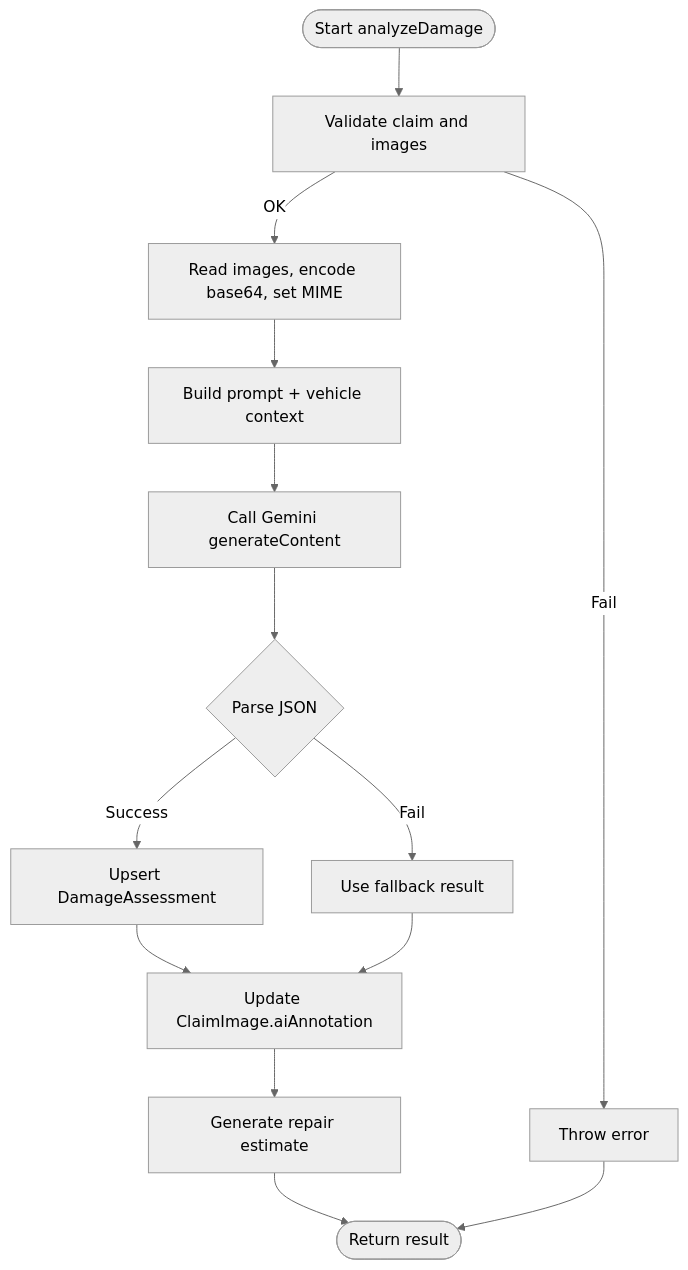
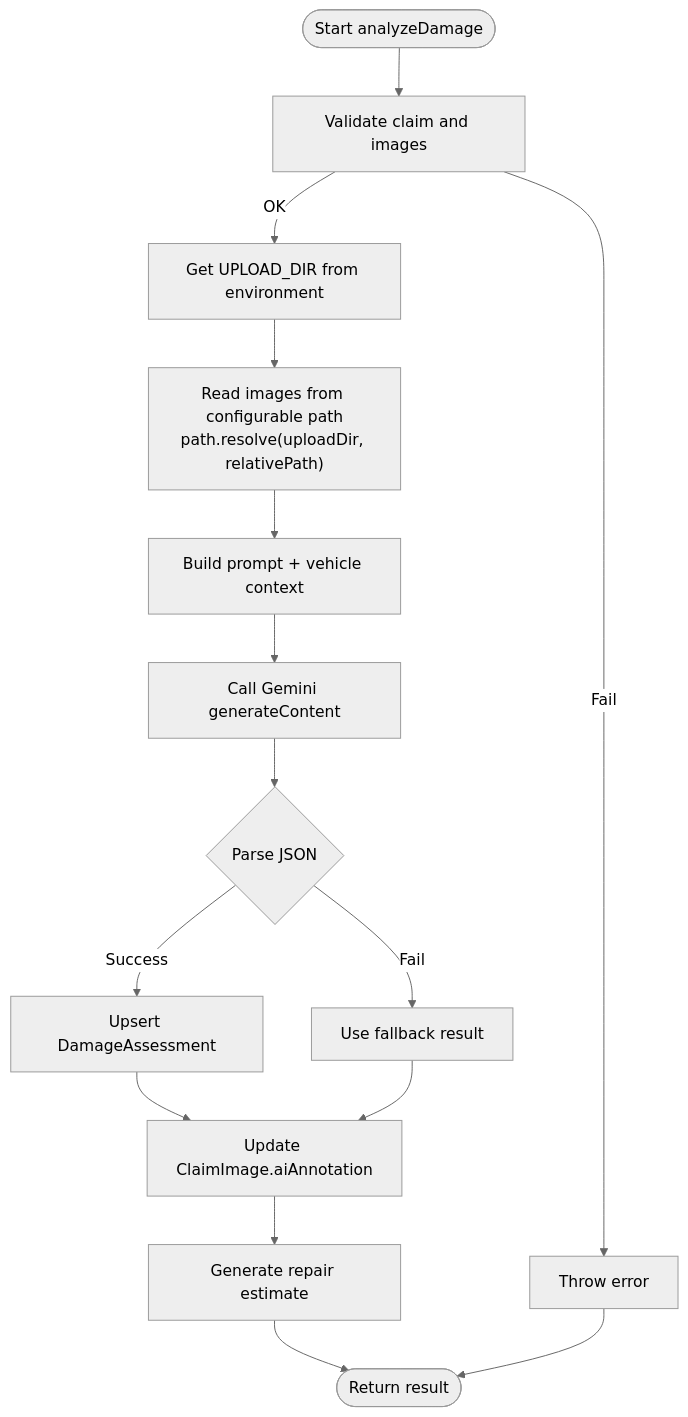
Before and after one commit to NaveenHiranya/Smart-Vehicle-Insurance-Claim-System: the third of 6 diagrams in .qoder/repowiki/en/content/Backend Documentation/Business Logic & Services/Damage Analysis Service.md, drawn with Mermaid (neutral theme). The commit also changed other lines of this file and 65 other files, not shown here.

````diff
--- a/.qoder/repowiki/en/content/Backend Documentation/Business Logic & Services/Damage Analysis Service.md
+++ b/.qoder/repowiki/en/content/Backend Documentation/Business Logic & Services/Damage Analysis Service.md
@@ -119,16 +146,17 @@
 ```mermaid
 flowchart TD
 Start(["Start analyzeDamage"]) --> Validate["Validate claim and images"]
-Validate --> |OK| Prepare["Read images, encode base64, set MIME"]
+Validate --> |OK| Config["Get UPLOAD_DIR from environment"]
 Validate --> |Fail| Err["Throw error"]
+Config --> Prepare["Read images from configurable path<br/>path.resolve(uploadDir, relativePath)"]
 Prepare --> Prompt["Build prompt + vehicle context"]
 Prompt --> Call["Call Gemini generateContent"]
 Call --> Parse{"Parse JSON"}
 Parse --> |Success| Persist["Upsert DamageAssessment"]
 Parse --> |Fail| Fallback["Use fallback result"]
 Persist --> Annotate["Update ClaimImage.aiAnnotation"]
 Fallback --> Annotate
 Annotate --> Estimate["Generate repair estimate"]
 Estimate --> End(["Return result"])
 Err --> End
 ```
````
